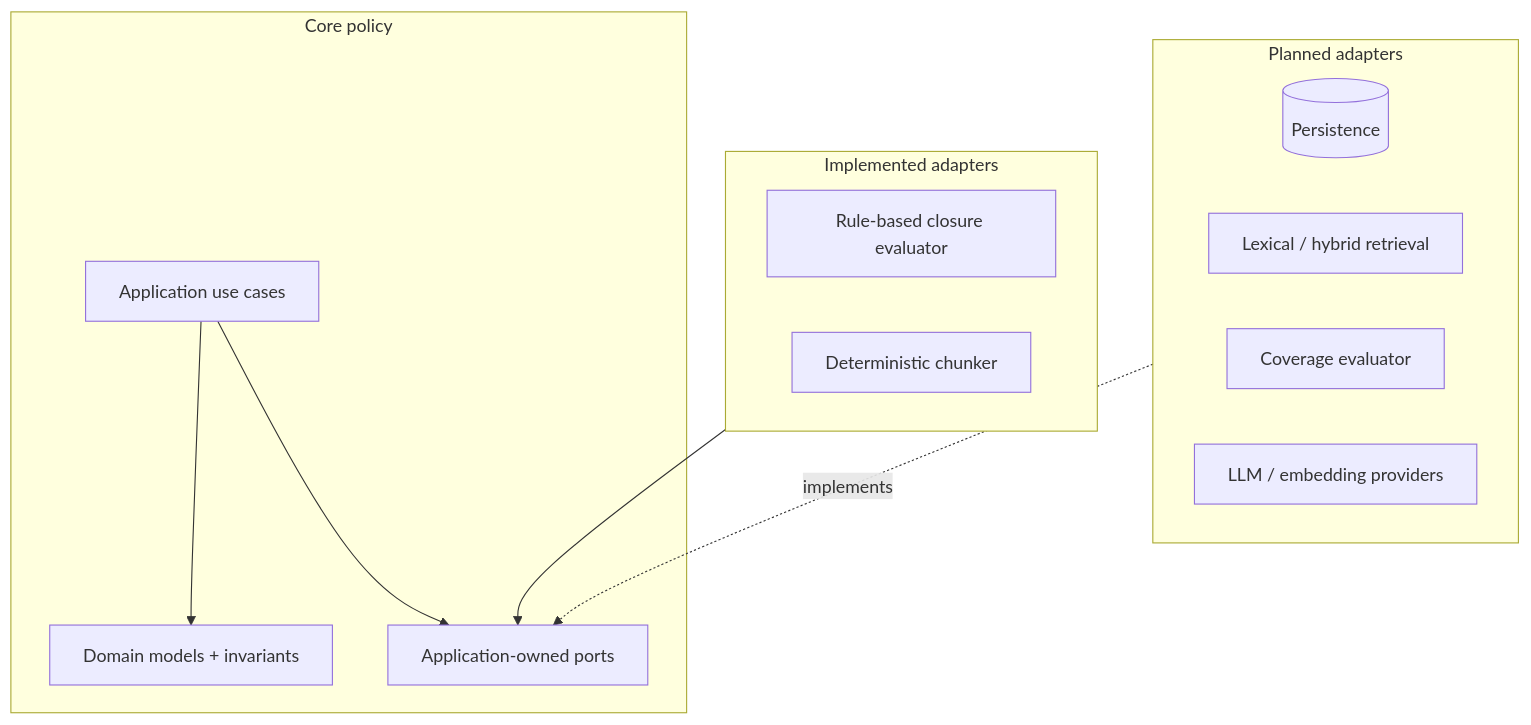
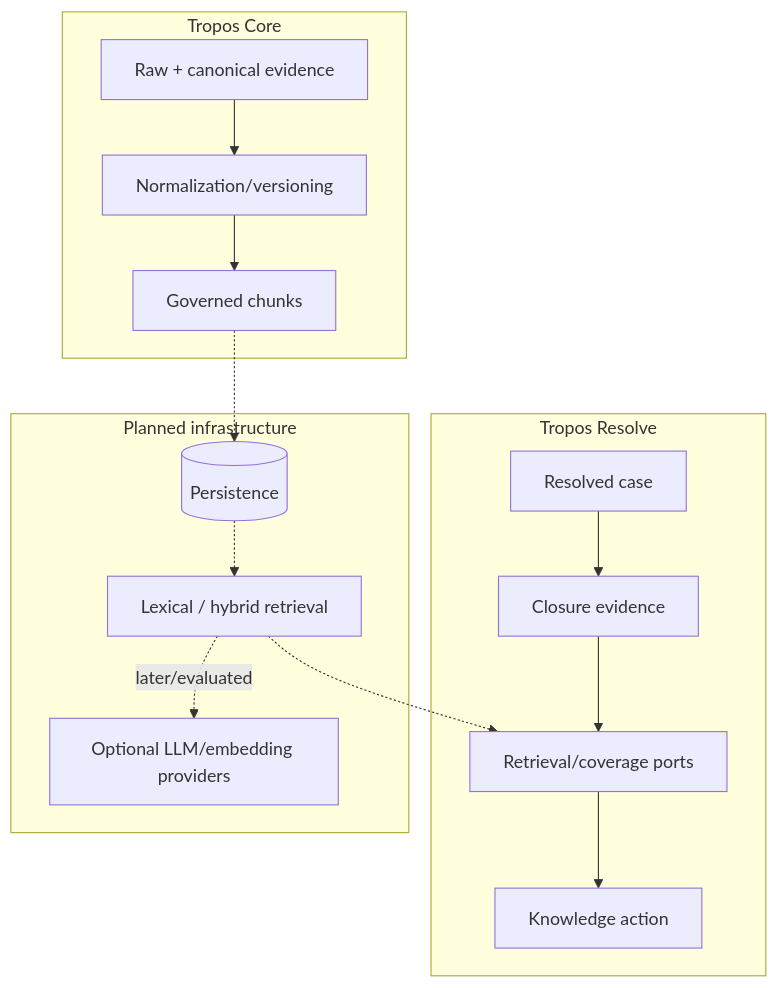
One commit to kumarchandansingh/tropos changed the third of 4 diagrams in README.md. Above: the diagram before and after it, drawn with Mermaid. The commit also changed other lines of this file and 23 other files, not shown here.

First line of the commit message:
feat: add deterministic normalization and canonical versioning

````diff
--- a/README.md
+++ b/README.md
@@ -60,25 +87,26 @@
 ```mermaid
 flowchart TB
-    subgraph Core[Core policy]
-      Domain[Domain models + invariants]
-      App[Application use cases]
-      Ports[Application-owned ports]
-      App --> Domain
-      App --> Ports
+    subgraph Core[Tropos Core]
+      Evidence[Raw + canonical evidence]
+      Norm[Normalization/versioning]
+      Chunk[Governed chunks]
+      Evidence --> Norm --> Chunk
     end
 
-    subgraph Adapters[Implemented adapters]
-      Closure[Rule-based closure evaluator]
-      Chunker[Deterministic chunker]
+    subgraph Resolve[Tropos Resolve]
+      Case[Resolved case]
+      Closure[Closure evidence]
+      Retrieve[Retrieval/coverage ports]
+      Decision[Knowledge action]
+      Case --> Closure --> Retrieve --> Decision
     end
 
-    subgraph Future[Planned adapters]
+    subgraph Planned[Planned infrastructure]
       Store[(Persistence)]
       Search[Lexical / hybrid retrieval]
-      Coverage[Coverage evaluator]
-      AI[LLM / embedding providers]
+      AI[Optional LLM/embedding providers]
     end
 
-    Adapters --> Ports
-    Future -. implements .-> Ports
+    Chunk -.-> Store -.-> Search -.-> Retrieve
+    Search -. later/evaluated .-> AI
 ```
````
